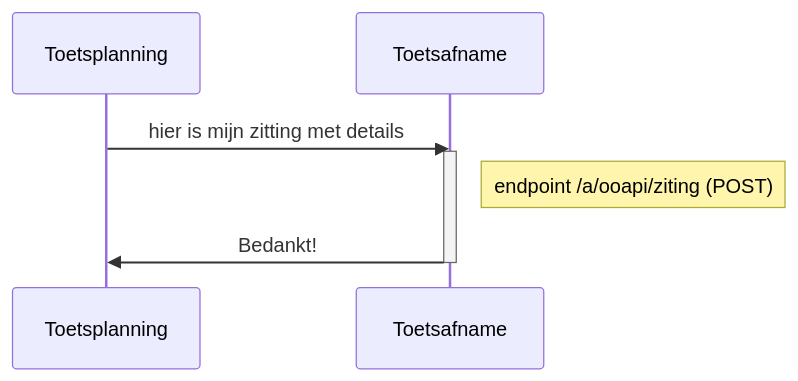
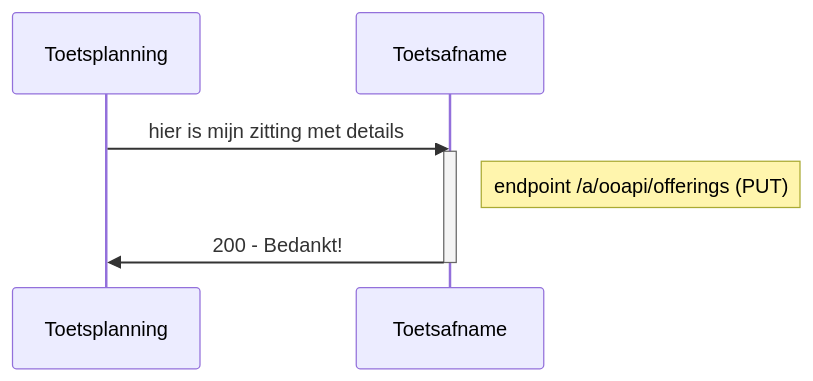
The first of 5 diagrams in doc/diagrams/flow2.md (NetwerkExamineringDigitalisering/NED-OOAPI), drawn with Mermaid before and after one commit. The commit also changed other lines of this file, not shown here.

````diff
--- a/doc/diagrams/flow2.md
+++ b/doc/diagrams/flow2.md
@@ -5,8 +5,8 @@
 ```mermaid
 sequenceDiagram
     Toetsplanning->>Toetsafname: hier is mijn zitting met details
     activate Toetsafname
-    Note right of Toetsafname: endpoint /a/ooapi/ziting (POST)
-    Toetsafname->>Toetsplanning: Bedankt!
+    Note right of Toetsafname: endpoint /a/ooapi/offerings (PUT)
+    Toetsafname->>Toetsplanning: 200 - Bedankt!
     deactivate Toetsafname
 ```
````
